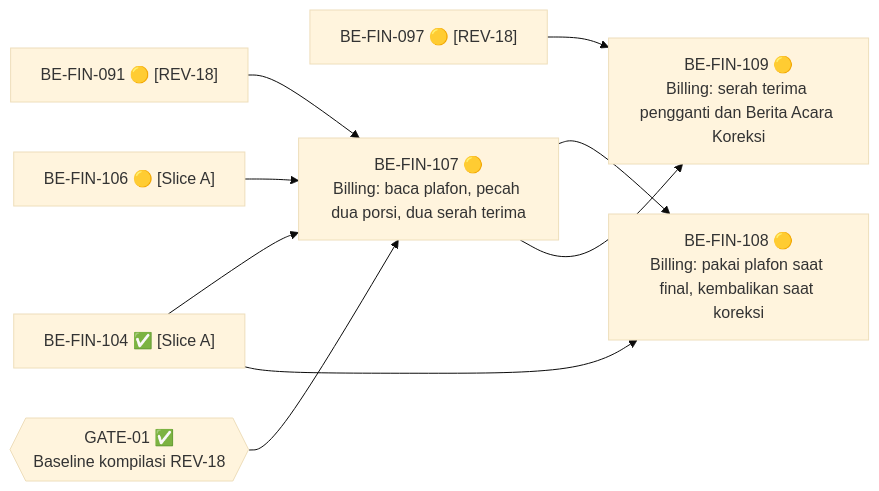
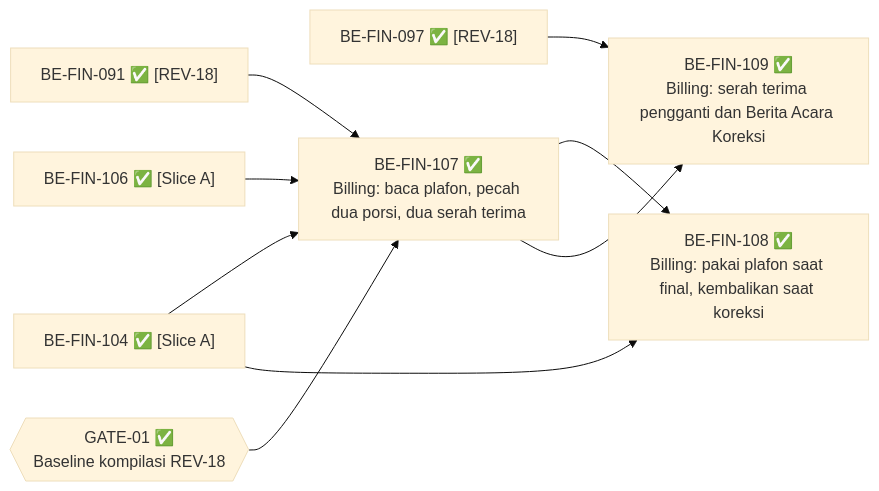
Before and after one commit to DevBenari/NewQuilvianSystemBackend: the fifth of 7 diagrams in docs/module-blueprints/finance-management/roadmap/01-backend-roadmap.md, drawn with Mermaid (base theme). The commit also changed other lines of this file and 112 other files, not shown here.

````diff
--- a/docs/module-blueprints/finance-management/roadmap/01-backend-roadmap.md
+++ b/docs/module-blueprints/finance-management/roadmap/01-backend-roadmap.md
@@ -1749,19 +1749,19 @@
 ```mermaid
 flowchart LR
-    M091["BE-FIN-091 🟡 [REV-18]"]
-    M097["BE-FIN-097 🟡 [REV-18]"]
+    M091["BE-FIN-091 ✅ [REV-18]"]
+    M097["BE-FIN-097 ✅ [REV-18]"]
     M104["BE-FIN-104 ✅ [Slice A]"]
-    M106["BE-FIN-106 🟡 [Slice A]"]
+    M106["BE-FIN-106 ✅ [Slice A]"]
     G01{{"GATE-01 ✅<br/>Baseline kompilasi REV-18"}}
-    BE107["BE-FIN-107 🟡<br/>Billing: baca plafon, pecah dua porsi, dua serah terima"]
-    BE108["BE-FIN-108 🟡<br/>Billing: pakai plafon saat final, kembalikan saat koreksi"]
-    BE109["BE-FIN-109 🟡<br/>Billing: serah terima pengganti dan Berita Acara Koreksi"]
+    BE107["BE-FIN-107 ✅<br/>Billing: baca plafon, pecah dua porsi, dua serah terima"]
+    BE108["BE-FIN-108 ✅<br/>Billing: pakai plafon saat final, kembalikan saat koreksi"]
+    BE109["BE-FIN-109 ✅<br/>Billing: serah terima pengganti dan Berita Acara Koreksi"]
     M091 --> BE107
     M104 --> BE107
     M106 --> BE107
     G01 --> BE107
     BE107 --> BE108
     M104 --> BE108
     BE107 --> BE109
     M097 --> BE109
 ```
````
